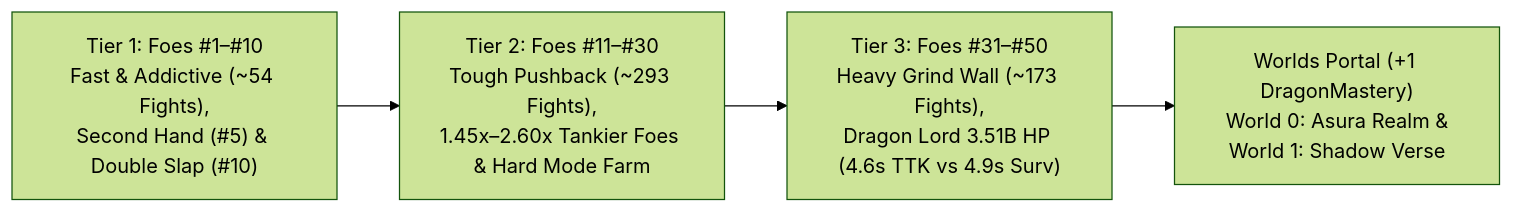
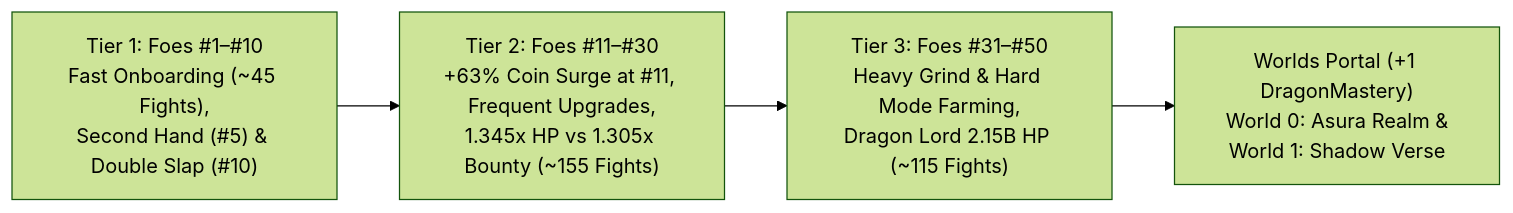
Before and after one commit to Gauravzz12/These-Hands: the diagram in docs/GAME_DESIGN_AND_ECONOMY_BIBLE.md, drawn with Mermaid (forest theme). The commit also changed other lines of this file and 2 other files, not shown here.

````diff
--- a/docs/GAME_DESIGN_AND_ECONOMY_BIBLE.md
+++ b/docs/GAME_DESIGN_AND_ECONOMY_BIBLE.md
@@ -25,6 +23,6 @@
 ```mermaid
 flowchart LR
-    A["Tier 1: Foes #1–#10\nFast & Addictive (~54 Fights),\nSecond Hand (#5) & Double Slap (#10)"] --> B["Tier 2: Foes #11–#30\nTough Pushback (~293 Fights),\n1.45x–2.60x Tankier Foes & Hard Mode Farm"]
-    B --> C["Tier 3: Foes #31–#50\nHeavy Grind Wall (~173 Fights),\nDragon Lord 3.51B HP (4.6s TTK vs 4.9s Surv)"]
+    A["Tier 1: Foes #1–#10\nFast Onboarding (~45 Fights),\nSecond Hand (#5) & Double Slap (#10)"] --> B["Tier 2: Foes #11–#30\n+63% Coin Surge at #11, Frequent Upgrades,\n1.345x HP vs 1.305x Bounty (~155 Fights)"]
+    B --> C["Tier 3: Foes #31–#50\nHeavy Grind & Hard Mode Farming,\nDragon Lord 2.15B HP (~115 Fights)"]
     C --> D["Worlds Portal (+1 DragonMastery)\nWorld 0: Asura Realm &\nWorld 1: Shadow Verse"]
 ```
````
